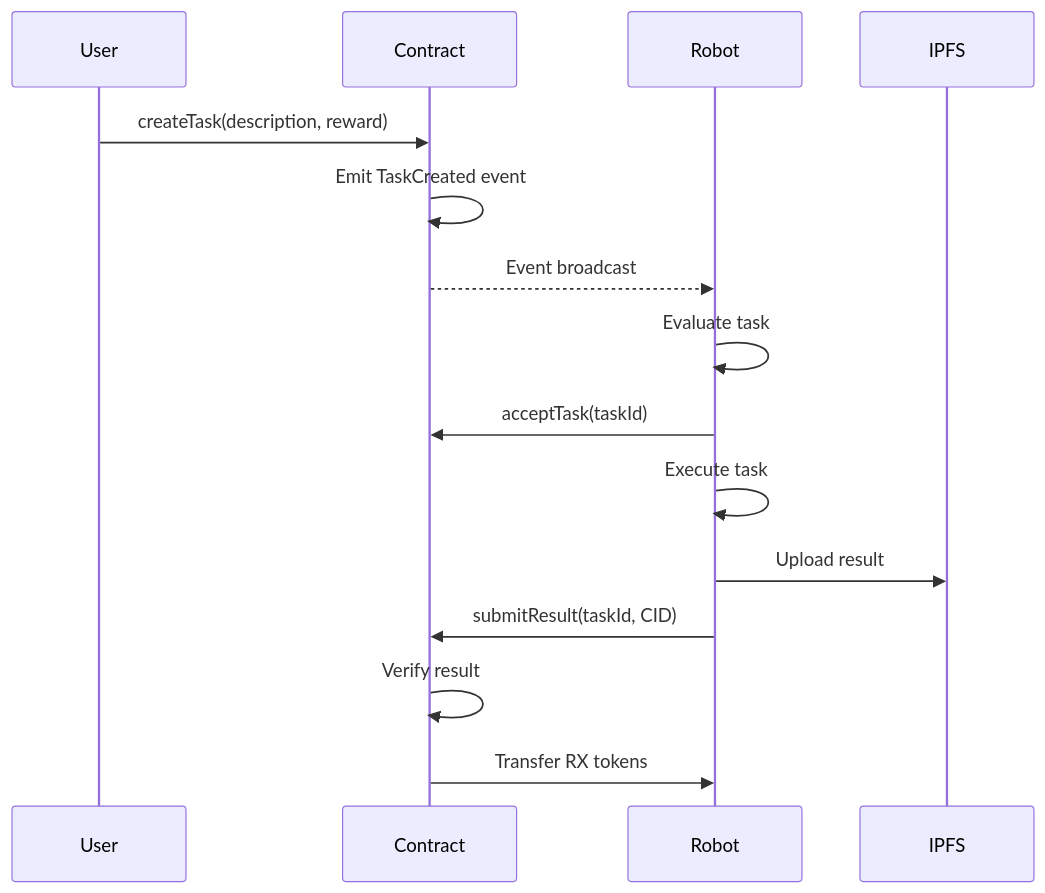
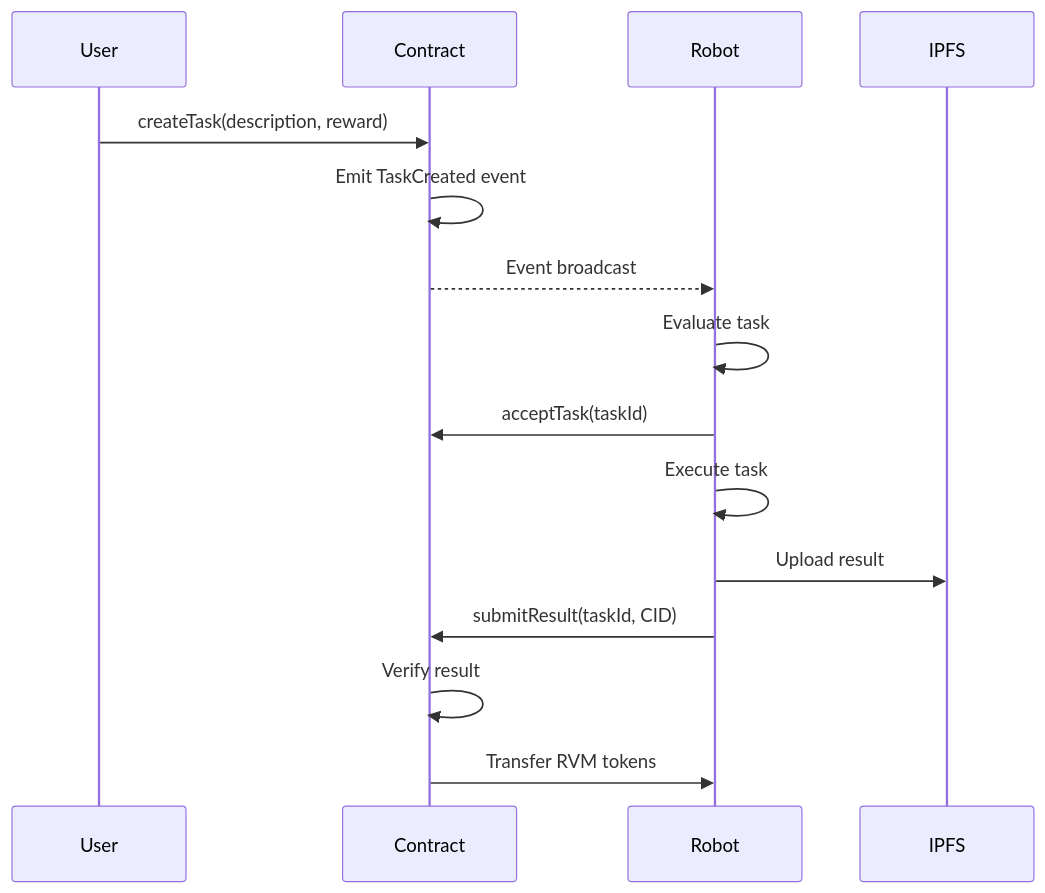
One commit to robo-vm/docs changed the diagram in docs/architecture/dataflow.md. Above: the diagram before and after it, drawn with Mermaid. The commit also changed other lines of this file and 24 other files, not shown here.

````diff
--- a/docs/architecture/dataflow.md
+++ b/docs/architecture/dataflow.md
@@ -13,18 +13,18 @@
 ```mermaid
 sequenceDiagram
     participant User
     participant Contract
     participant Robot
     participant IPFS
     
     User->>Contract: createTask(description, reward)
     Contract->>Contract: Emit TaskCreated event
     Contract-->>Robot: Event broadcast
     Robot->>Robot: Evaluate task
     Robot->>Contract: acceptTask(taskId)
     Robot->>Robot: Execute task
     Robot->>IPFS: Upload result
     Robot->>Contract: submitResult(taskId, CID)
     Contract->>Contract: Verify result
-    Contract->>Robot: Transfer RX tokens
+    Contract->>Robot: Transfer RVM tokens
 ```
````
